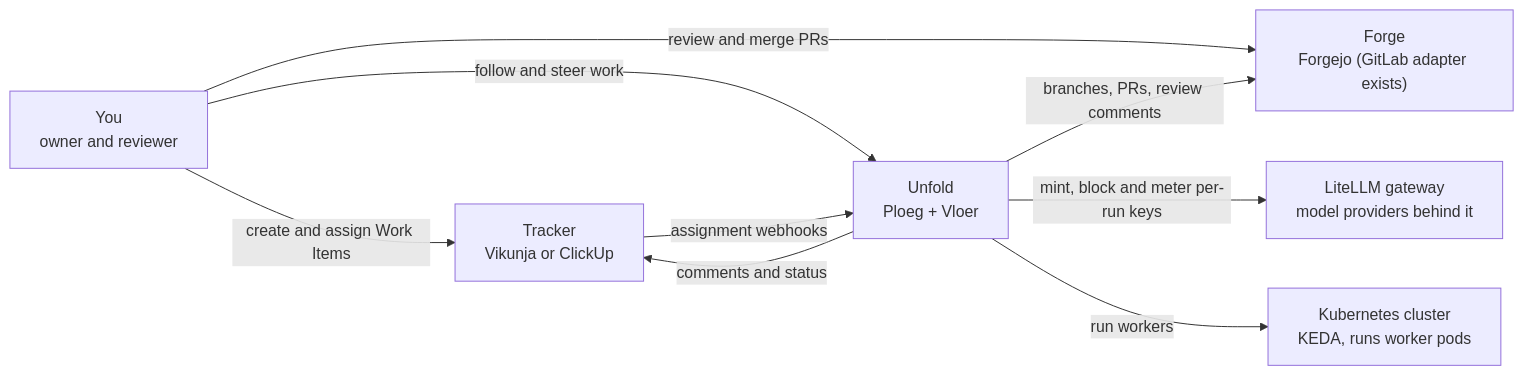
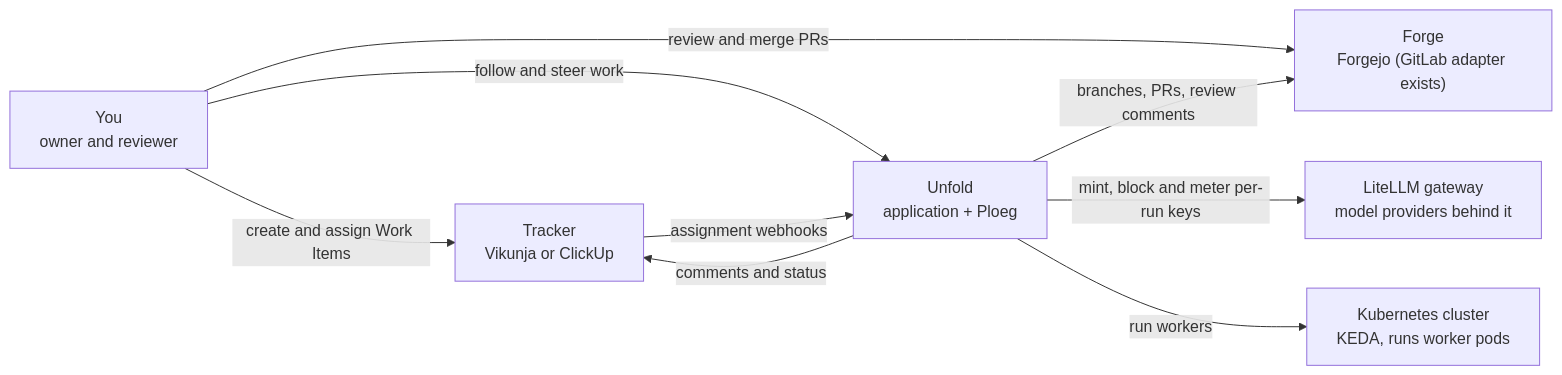
The first of 2 diagrams in docs/concepts/architecture.md (webgrip/unfold), drawn with Mermaid before and after one commit. The commit also changed other lines of this file and 1136 other files, not shown here.

````diff
--- a/docs/concepts/architecture.md
+++ b/docs/concepts/architecture.md
@@ -37,17 +37,17 @@
 ```mermaid
 flowchart LR
     you["You<br/>owner and reviewer"]
     tracker["Tracker<br/>Vikunja or ClickUp"]
     forge["Forge<br/>Forgejo (GitLab adapter exists)"]
-    unfold["Unfold<br/>Ploeg + Vloer"]
+    unfold["Unfold<br/>application + Ploeg"]
     llm["LiteLLM gateway<br/>model providers behind it"]
     k8s["Kubernetes cluster<br/>KEDA, runs worker pods"]
     you -->|create and assign Work Items| tracker
     you -->|follow and steer work| unfold
     you -->|review and merge PRs| forge
     tracker -->|assignment webhooks| unfold
     unfold -->|comments and status| tracker
     unfold -->|branches, PRs, review comments| forge
     unfold -->|mint, block and meter per-run keys| llm
     unfold -->|run workers| k8s
 ```
````
